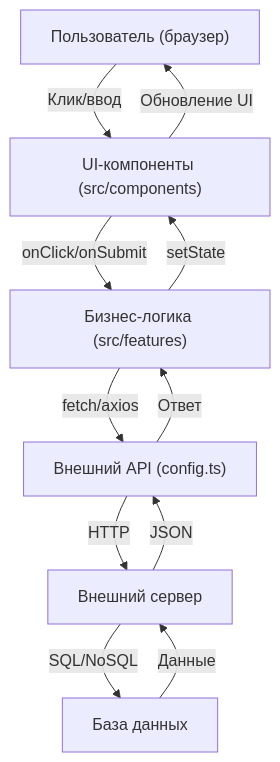
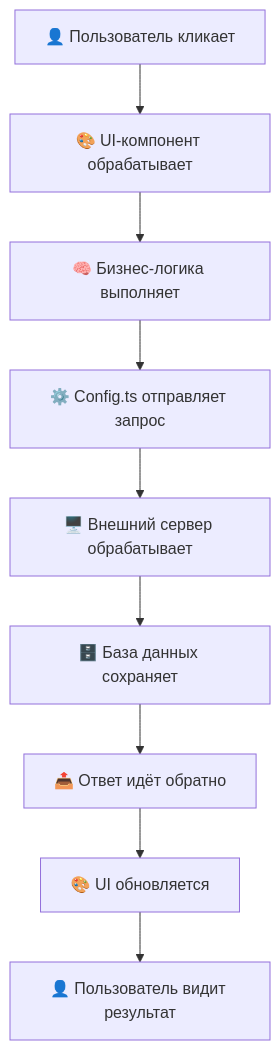
Before and after one commit to WorkTechDevelop/frontend: the third of 6 diagrams in README.md, drawn with Mermaid. The commit also changed other lines of this file, not shown here.

````diff
--- a/README.md
+++ b/README.md
@@ -171,20 +211,21 @@
 ```mermaid
 flowchart TD
-  A["Пользователь (браузер)"]
-  B["UI-компоненты (src/components)"]
-  C["Бизнес-логика (src/features)"]
-  D["Внешний API (config.ts)"]
-  E["Внешний сервер"]
-  F["База данных"]
+    A["👤 Пользователь кликает"]
+    B["🎨 UI-компонент обрабатывает"]
+    C["🧠 Бизнес-логика выполняет"]
+    D["⚙️ Config.ts отправляет запрос"]
+    E["🖥️ Внешний сервер обрабатывает"]
+    F["🗄️ База данных сохраняет"]
+    G["📤 Ответ идёт обратно"]
+    H["🎨 UI обновляется"]
+    I["👤 Пользователь видит результат"]
 
-  A-->|Клик/ввод|B
-  B-->|onClick/onSubmit|C
-  C-->|fetch/axios|D
-  D-->|HTTP|E
-  E-->|SQL/NoSQL|F
-  F-->|Данные|E
-  E-->|JSON|D
-  D-->|Ответ|C
-  C-->|setState|B
-  B-->|Обновление UI|A
+    A --> B
+    B --> C
+    C --> D
+    D --> E
+    E --> F
+    F --> G
+    G --> H
+    H --> I
 ```
````
